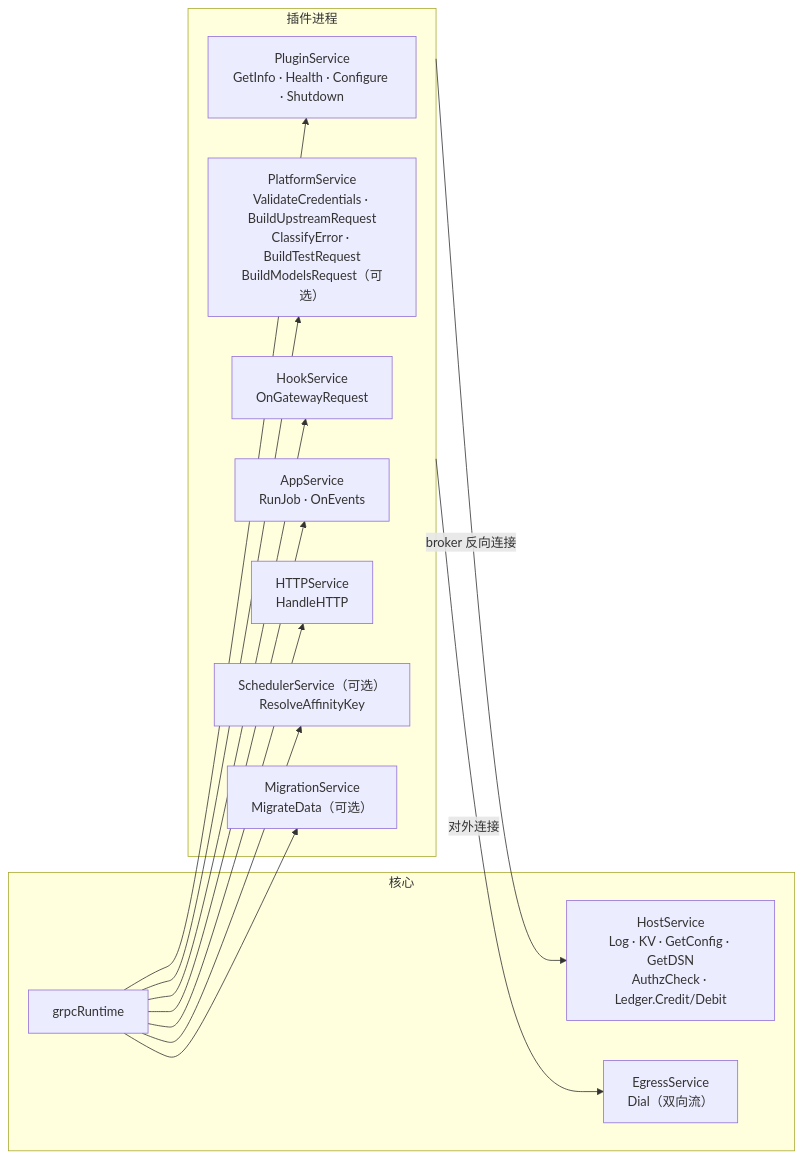
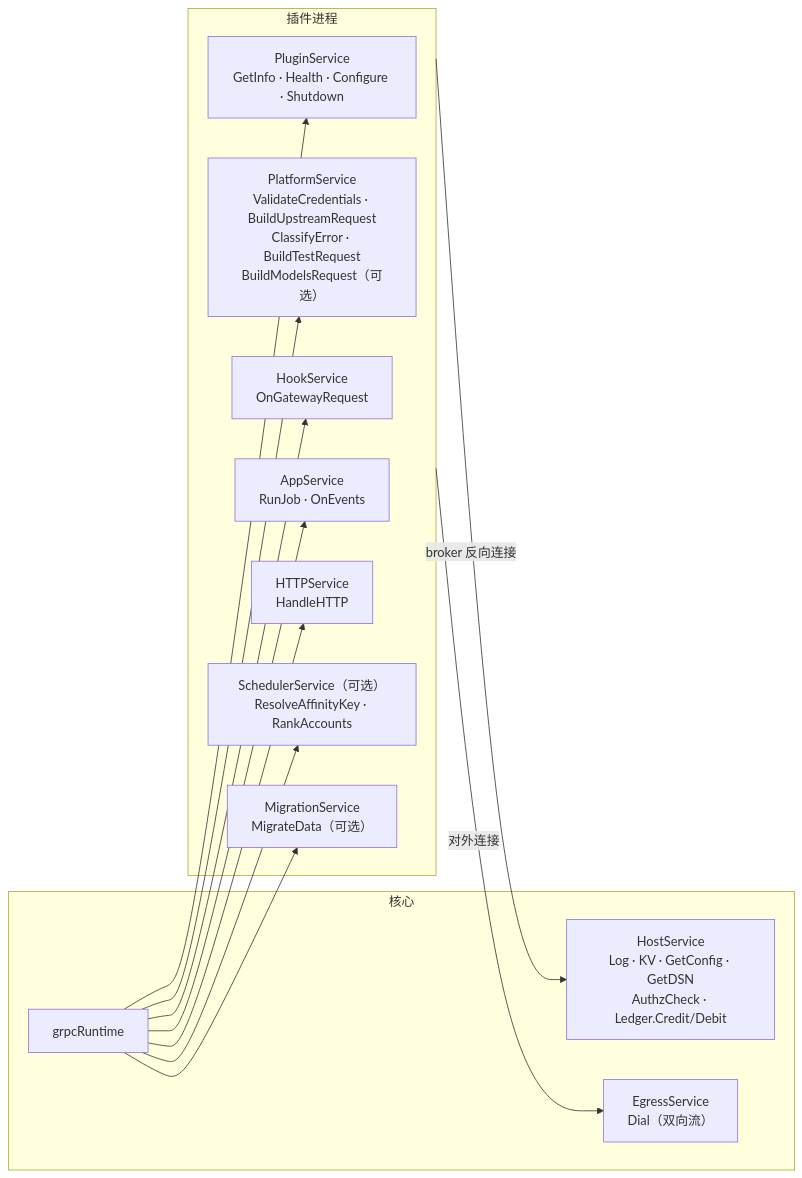
Before and after one commit to Sub2API-Devs/sup2api: the fifth of 18 diagrams in next/docs/ARCHITECTURE.md, drawn with Mermaid. The commit also changed other lines of this file and 30 other files, not shown here.

Commit message:
feat(next): plugins can rewrite candidate account priority/weight for requests that miss a sticky binding (scheduler.rank capability, RankAccounts rpc, usage_logs.sched_decisions)

````diff
--- a/next/docs/ARCHITECTURE.md
+++ b/next/docs/ARCHITECTURE.md
@@ -486,20 +494,20 @@
 ```mermaid
 flowchart LR
   subgraph host["核心"]
     rt["grpcRuntime"]
     hs["HostService<br/>Log · KV · GetConfig · GetDSN<br/>AuthzCheck · Ledger.Credit/Debit"]
     eg["EgressService<br/>Dial（双向流）"]
   end
   subgraph plugin["插件进程"]
     ps["PluginService<br/>GetInfo · Health · Configure · Shutdown"]
     pf["PlatformService<br/>ValidateCredentials · BuildUpstreamRequest<br/>ClassifyError · BuildTestRequest<br/>BuildModelsRequest（可选）"]
     hk["HookService<br/>OnGatewayRequest"]
     ap["AppService<br/>RunJob · OnEvents"]
     hx["HTTPService<br/>HandleHTTP"]
-    sc["SchedulerService（可选）<br/>ResolveAffinityKey"]
+    sc["SchedulerService（可选）<br/>ResolveAffinityKey · RankAccounts"]
     ms["MigrationService<br/>MigrateData（可选）"]
   end
   rt --> ps & pf & hk & ap & hx & sc & ms
   plugin -->|"broker 反向连接"| hs
   plugin -->|"对外连接"| eg
 ```
````
